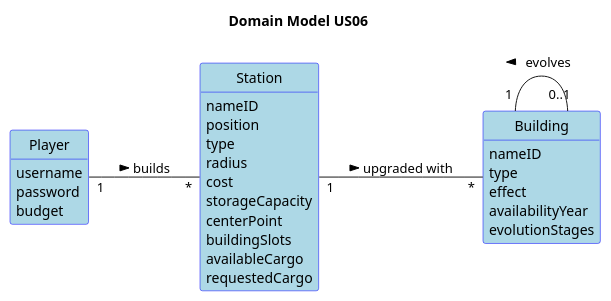
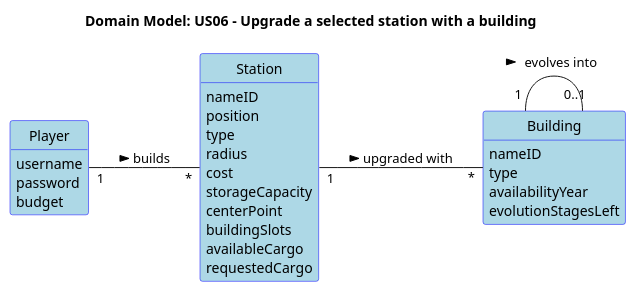
Before and after one commit to HenriqueSilva18/Railway-Network-Simulator: the diagram in docs/system-documentation/Sprint 1/US06/02.analysis/puml/US006-DM.puml, drawn with PlantUML. The commit also changed 3 other files, not shown here.

Commit message:
Updated US06 SSD and Domain Model #6

```diff
--- a/docs/system-documentation/Sprint 1/US06/02.analysis/puml/US006-DM.puml
+++ b/docs/system-documentation/Sprint 1/US06/02.analysis/puml/US006-DM.puml
@@ -1,50 +1,49 @@
 @startuml
 skinparam packageStyle rectangle
 skinparam shadowing false
 skinparam classAttributeIconSize 0
 skinparam class {
   BackgroundColor LightBlue
   BorderColor Blue
 }
 
 left to right direction
 
 skinparam classAttributeIconSize 0
 
 hide circle
 hide methods
 
-title Domain Model US06
+title Domain Model: US06 - Upgrade a selected station with a building
 
 class Player {
   username
   password
   budget
 }
 
 class Station {
   nameID
   position
   type
   radius
   cost
   storageCapacity
   centerPoint
   buildingSlots
   availableCargo
   requestedCargo
 }
 
 class Building {
   nameID
   type
-  effect
   availabilityYear
-  evolutionStages
+  evolutionStagesLeft
 }
 
 Player "1" -- "*" Station : builds >
 Station "1" -- "*" Building : upgraded with >
-Building "1" -- "0..1" Building : evolves >
+Building "1" -- "0..1" Building : evolves into <
 
 @enduml
```
